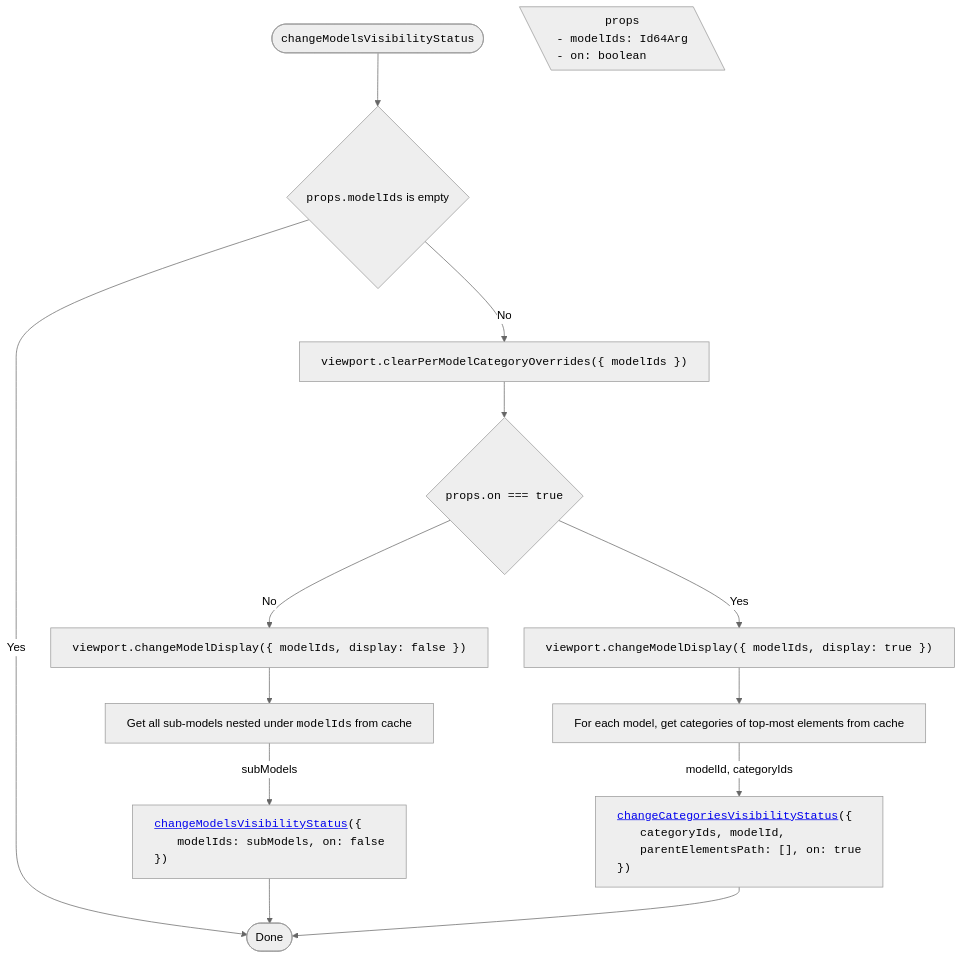
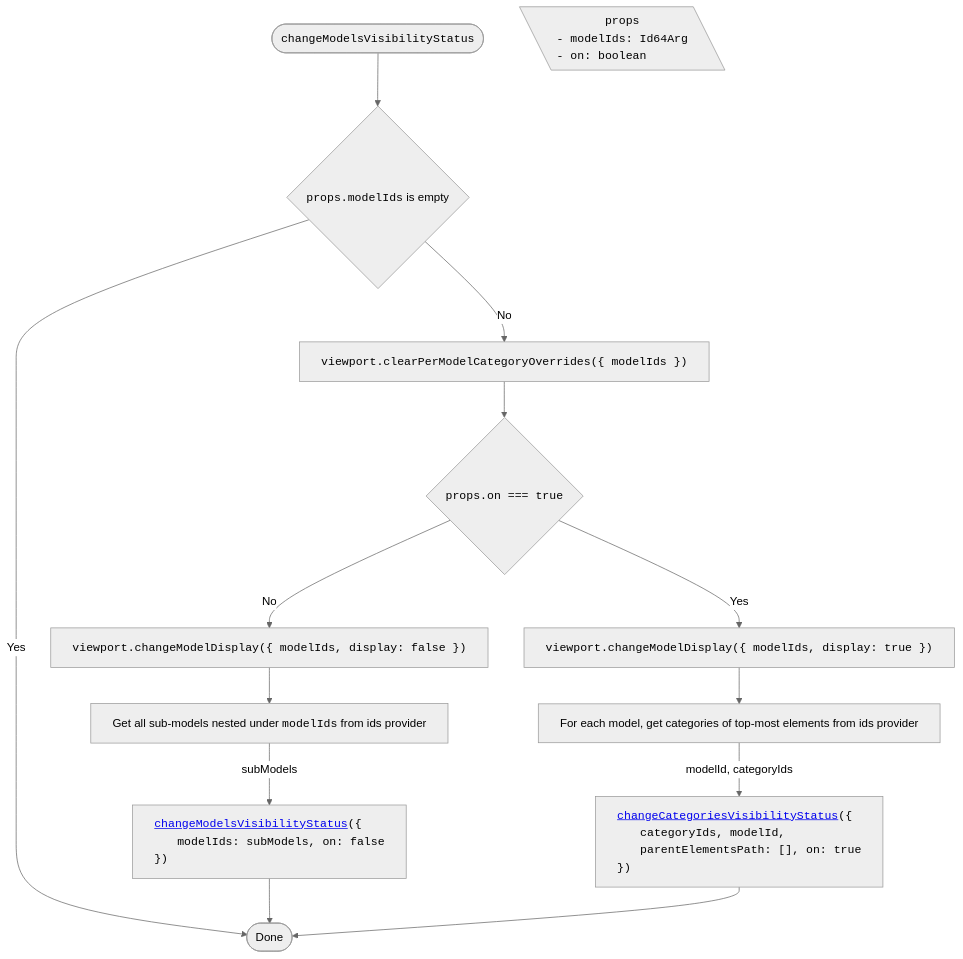
One commit to iTwin/viewer-components-react changed diagram 11 of 17 in packages/tree-widget/docs/SharedVisibilityHandling.md. Above: the diagram before and after it, drawn with Mermaid (neutral theme). The commit also changed other lines of this file and 72 other files, not shown here.

````diff
--- a/packages/tree-widget/docs/SharedVisibilityHandling.md
+++ b/packages/tree-widget/docs/SharedVisibilityHandling.md
@@ -459,38 +459,38 @@
 ```mermaid
 ---
 config:
   flowchart:
     wrappingWidth: 750
     useMaxWidth: false
 ---
 
 flowchart TD
   RESULT_Done([Done])
 
   %% Start
   TITLE(["<span style='font-family: monospace;'>changeModelsVisibilityStatus</span>"]) --> A{"<span style='font-family: monospace;'>props.modelIds</span> is empty"}
 
   PROPS[\"
     <span style='font-family: monospace;'>props</span>
     <span style='display: block; text-align: left; font-family: monospace;'>- modelIds: Id64Arg<br/>- on: boolean</span>
   "\]
 
   A -- Yes --> RESULT_Done
   A -- No --> B["<span style='font-family: monospace;'>viewport.clearPerModelCategoryOverrides({ modelIds })</span>"]
   B --> C{"<span style='font-family: monospace;'>props.on === true</span>"}
 
   C -- No --> D["<span style='font-family: monospace;'>viewport.changeModelDisplay({ modelIds, display: false })</span>"]
-  D --> D1["Get all sub-models nested under <span style='font-family: monospace;'>modelIds</span> from cache"]
+  D --> D1["Get all sub-models nested under <span style='font-family: monospace;'>modelIds</span> from ids provider"]
   D1 -- subModels --> D2["<div style='text-align: left; font-family: monospace;'><a href='#changemodelsvisibilitystatus'>changeModelsVisibilityStatus</a>({
     <span style='padding-left: 2rem;'>modelIds: subModels, on: false</span>
     })</div>"]
   D2 --> RESULT_Done
 
   C -- Yes --> E["<span style='font-family: monospace;'>viewport.changeModelDisplay({ modelIds, display: true })</span>"]
-  E --> E1["For each model, get categories of top-most elements from cache"]
+  E --> E1["For each model, get categories of top-most elements from ids provider"]
   E1 -- "modelId, categoryIds" --> E2["<div style='text-align: left; font-family: monospace;'><a href='#changecategoriesvisibilitystatus'>changeCategoriesVisibilityStatus</a>({
     <span style='padding-left: 2rem;'>categoryIds, modelId,</span>
     <span style='padding-left: 2rem;'>parentElementsPath: [], on: true</span>
     })</div>"]
   E2 --> RESULT_Done
 ```
````
